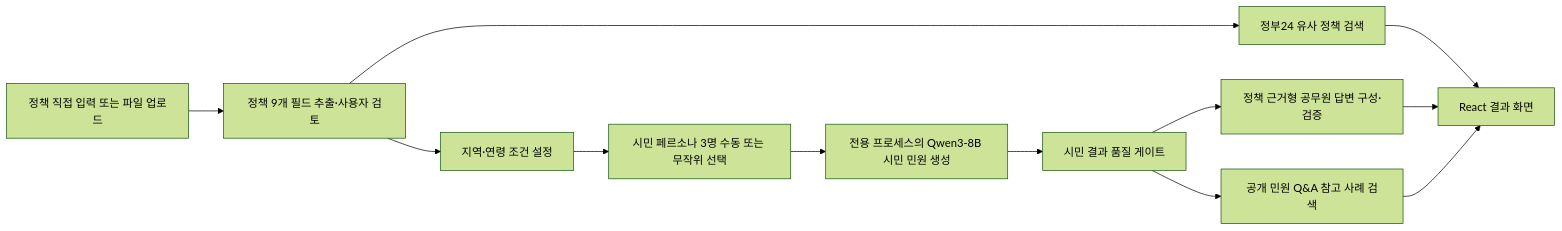
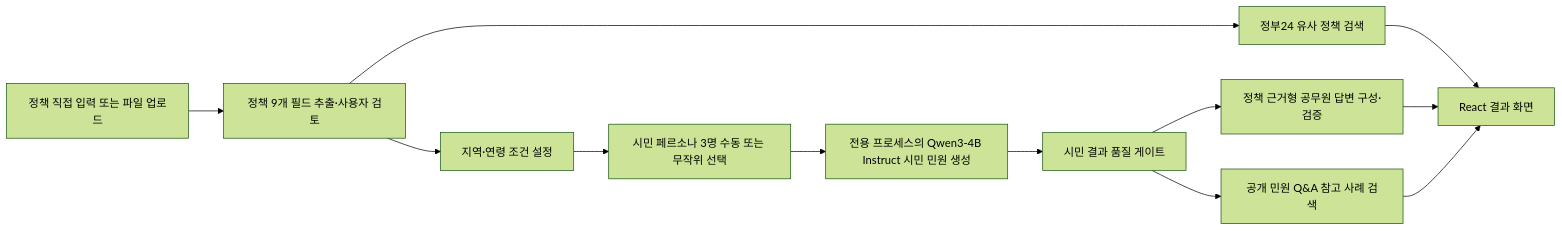
Before and after one commit to dev-samuel-codes/policy_risk_persona_simulator: the diagram in README.md, drawn with Mermaid (forest theme). The commit also changed other lines of this file, not shown here.

First line of the commit message:
docs(readme): Qwen 4B 기본 모델 안내 일치

````diff
--- a/README.md
+++ b/README.md
@@ -117,14 +117,14 @@
 ```mermaid
 flowchart LR
     A["정책 직접 입력 또는 파일 업로드"] --> B["정책 9개 필드 추출·사용자 검토"]
     B --> C["지역·연령 조건 설정"]
     C --> D["시민 페르소나 3명 수동 또는 무작위 선택"]
     B --> E["정부24 유사 정책 검색"]
-    D --> F["전용 프로세스의 Qwen3-8B 시민 민원 생성"]
+    D --> F["전용 프로세스의 Qwen3-4B Instruct 시민 민원 생성"]
     F --> G["시민 결과 품질 게이트"]
     G --> H["정책 근거형 공무원 답변 구성·검증"]
     G --> I["공개 민원 Q&A 참고 사례 검색"]
     E --> J["React 결과 화면"]
     H --> J
     I --> J
 ```
````
